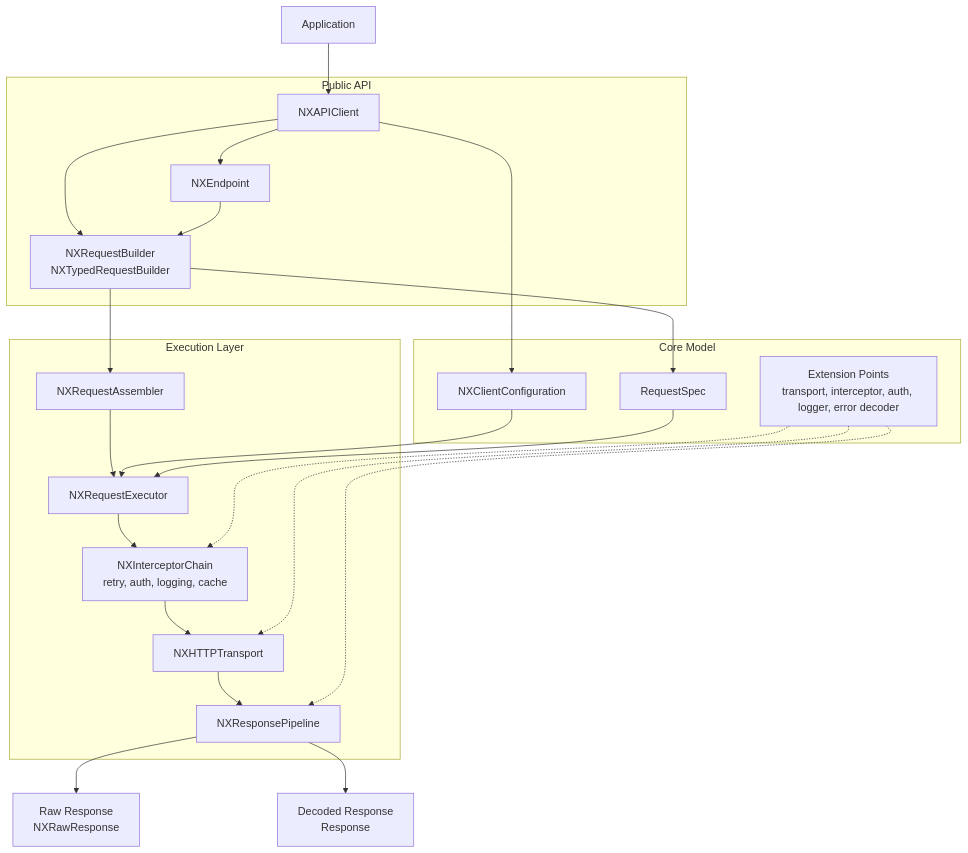
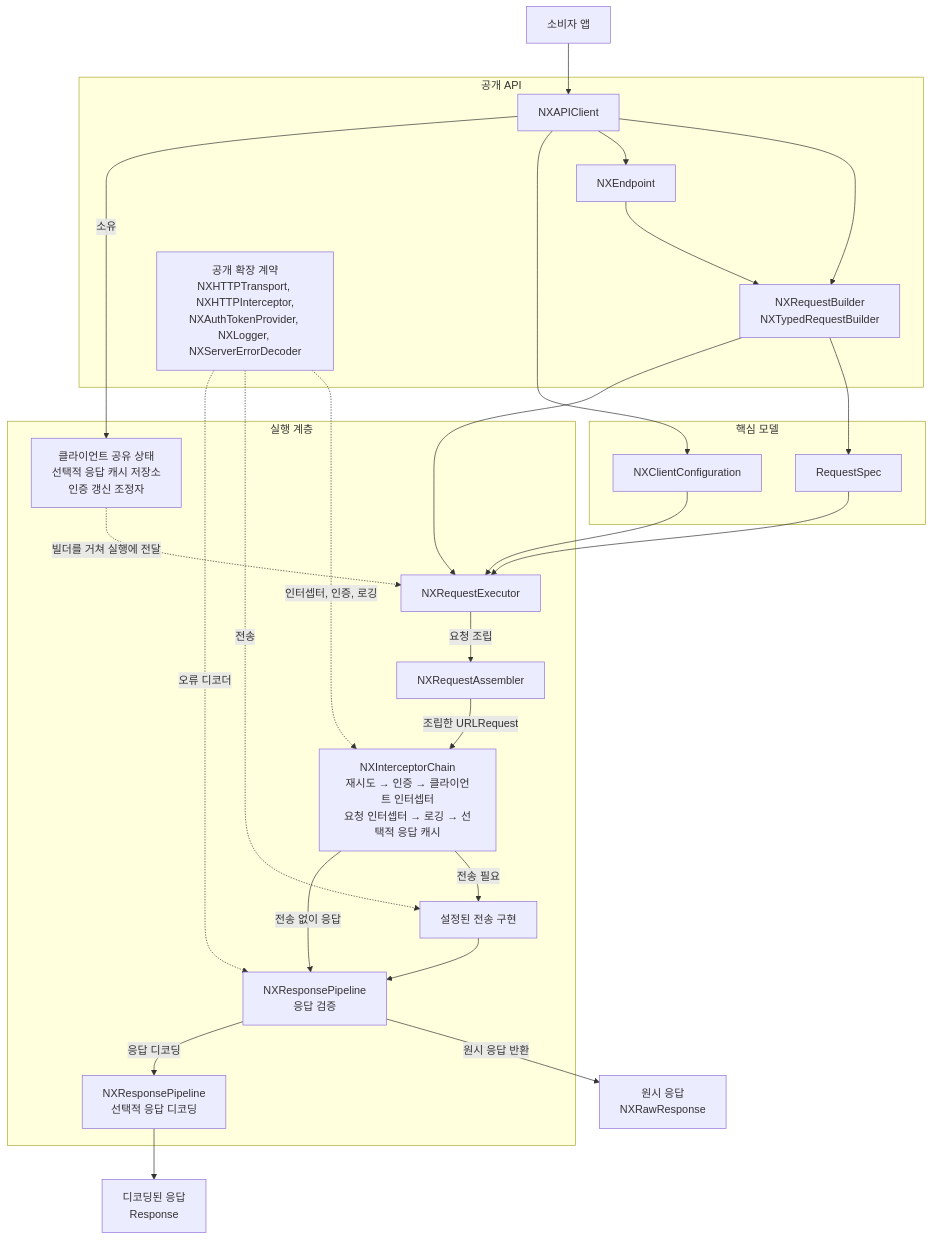
Before and after one commit to opficdev/Nexa: the diagram in README.md, drawn with Mermaid. The commit also changed other lines of this file and 27 other files, not shown here.

````diff
--- a/README.md
+++ b/README.md
@@ -179,41 +186,55 @@
 ```mermaid
 flowchart TB
-    application[Application] --> client[NXAPIClient]
+    application[소비자 앱] --> client[NXAPIClient]
 
-    subgraph publicAPI[Public API]
+    subgraph publicAPI[공개 API]
         client
         builder[NXRequestBuilder<br/>NXTypedRequestBuilder]
         endpoint[NXEndpoint]
+        extensionPoints[공개 확장 계약<br/>NXHTTPTransport, NXHTTPInterceptor,<br/>NXAuthTokenProvider, NXLogger, NXServerErrorDecoder]
+
         client --> builder
         client --> endpoint
         endpoint --> builder
     end
 
-    subgraph core[Core Model]
+    subgraph core[핵심 모델]
         configuration[NXClientConfiguration]
         requestSpec[RequestSpec]
-        extensionPoints[Extension Points<br/>transport, interceptor, auth, logger, error decoder]
     end
 
     client --> configuration
     builder --> requestSpec
 
-    subgraph runtime[Execution Layer]
+    subgraph runtime[실행 계층]
+        sharedState[클라이언트 공유 상태<br/>선택적 응답 캐시 저장소<br/>인증 갱신 조정자]
+        executor[NXRequestExecutor]
         assembler[NXRequestAssembler]
-        executor[NXRequestExecutor]
-        interceptors[NXInterceptorChain<br/>retry, auth, logging, cache]
-        transport[NXHTTPTransport]
-        pipeline[NXResponsePipeline]
+        interceptors[NXInterceptorChain<br/>재시도 → 인증 → 클라이언트 인터셉터<br/>요청 인터셉터 → 로깅 → 선택적 응답 캐시]
+        configuredTransport[설정된 전송 구현]
+        validation[NXResponsePipeline<br/>응답 검증]
+        decoding[NXResponsePipeline<br/>선택적 응답 디코딩]
     end
 
-    builder --> assembler --> executor
+    client -->|소유| sharedState
+    sharedState -.->|빌더를 거쳐 실행에 전달| executor
+
+    builder --> executor
     configuration --> executor
     requestSpec --> executor
-    executor --> interceptors --> transport --> pipeline
-    pipeline --> rawResponse[Raw Response<br/>NXRawResponse]
-    pipeline --> decodedResponse[Decoded Response<br/>Response]
 
-    extensionPoints -.-> interceptors
-    extensionPoints -.-> transport
-    extensionPoints -.-> pipeline
+    executor -->|요청 조립| assembler
+    assembler -->|조립한 URLRequest| interceptors
+
+    interceptors -->|전송 필요| configuredTransport
+    configuredTransport --> validation
+    interceptors -->|전송 없이 응답| validation
+
+    validation -->|원시 응답 반환| rawResponse[원시 응답<br/>NXRawResponse]
+    validation -->|응답 디코딩| decoding
+    decoding --> decodedResponse[디코딩된 응답<br/>Response]
+
+    extensionPoints -.->|인터셉터, 인증, 로깅| interceptors
+    extensionPoints -.->|전송| configuredTransport
+    extensionPoints -.->|오류 디코더| validation
 ```
````
